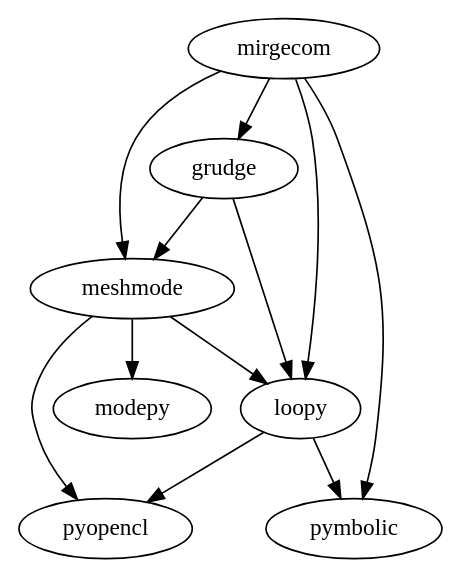
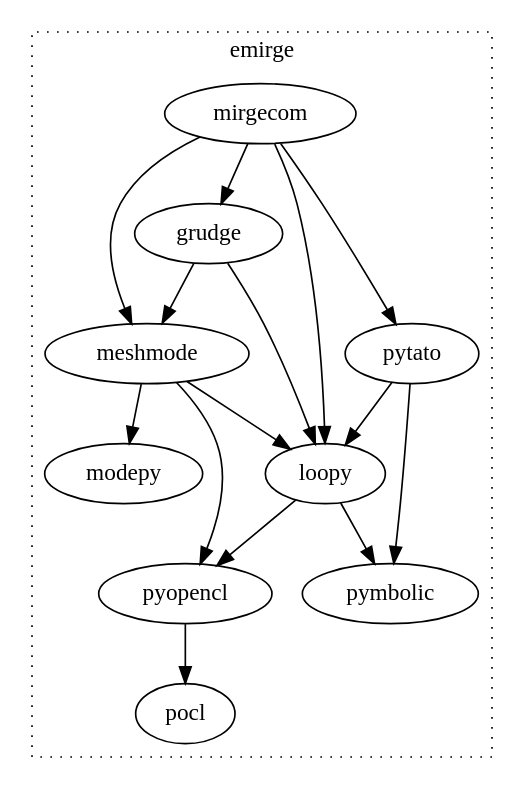
The diagram in doc/development.rst (illinois-ceesd/mirgecom), drawn with Graphviz before and after one commit. The commit also changed other lines of this file, not shown here.

```diff
--- a/doc/development.rst
+++ b/doc/development.rst
@@ -10,19 +10,28 @@
 .. graphviz::
 
    digraph deps {
+   subgraph cluster_0 {
+   label="emirge"
         mirgecom -> meshmode;
         grudge -> meshmode;
         mirgecom -> grudge;
 
         mirgecom -> loopy;
         grudge -> loopy;
         meshmode -> loopy;
 
         meshmode -> pyopencl;
         loopy -> pyopencl;
 
         meshmode -> modepy;
 
-        mirgecom -> pymbolic;
         loopy -> pymbolic;
+
+        pyopencl -> pocl;
+
+        mirgecom -> pytato;
+        pytato -> loopy;
+        pytato -> pymbolic;
+        graph[style=dotted];
+        }
    }
```
